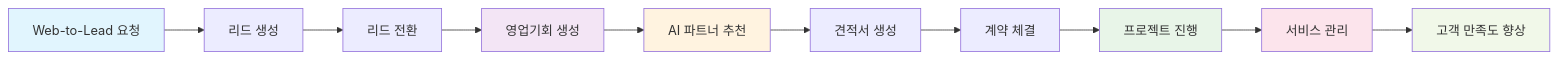
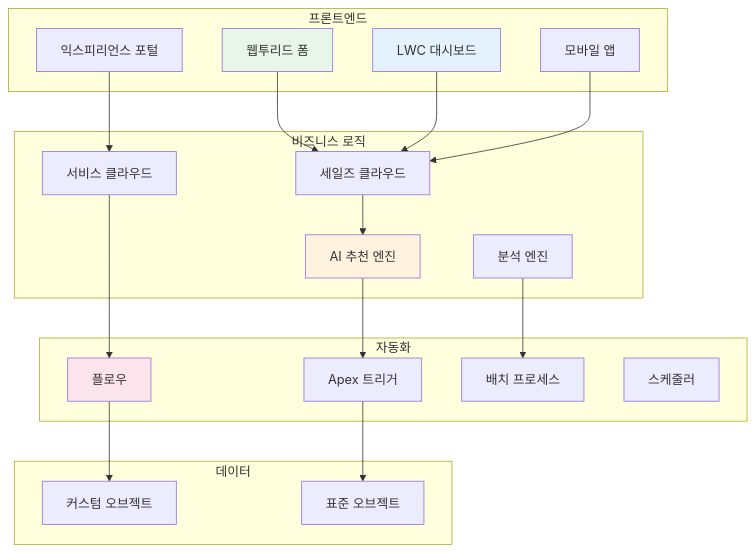
Before and after one commit to WJY-ador/Salesforce_Yashija_Project: the first of 2 diagrams in README.md, drawn with Mermaid. The commit also changed other lines of this file, not shown here.

````diff
--- a/README.md
+++ b/README.md
@@ -63,19 +41,46 @@
 ```mermaid
-graph LR
-    A[Web-to-Lead 요청] --> B[리드 생성]
-    B --> C[리드 전환]
-    C --> D[영업기회 생성]
-    D --> E[AI 파트너 추천]
-    E --> F[견적서 생성]
-    F --> G[계약 체결]
-    G --> H[프로젝트 진행]
-    H --> I[서비스 관리]
-    I --> J[고객 만족도 향상]
+graph TB
+    subgraph "프론트엔드"
+        A[웹투리드 폼] 
+        B[LWC 대시보드]
+        C[익스피리언스 포털]
+        D[모바일 앱]
+    end
     
-    style A fill:#e1f5fe
-    style D fill:#f3e5f5
-    style E fill:#fff3e0
-    style H fill:#e8f5e8
-    style I fill:#fce4ec
-    style J fill:#f1f8e9
+    subgraph "비즈니스 로직"
+        E[세일즈 클라우드]
+        F[서비스 클라우드]
+        G[AI 추천 엔진]
+        H[분석 엔진]
+    end
+    
+    subgraph "자동화"
+        I[플로우]
+        J[Apex 트리거]
+        K[배치 프로세스]
+        L[스케줄러]
+    end
+    
+    subgraph "데이터"
+        M[커스텀 오브젝트]
+        N[표준 오브젝트]
+     
+    end
+    
+    A --> E
+    B --> E
+    C --> F
+    D --> E
+    E --> G
+    F --> I
+    G --> J
+    H --> K
+    I --> M
+    J --> N
+    
+    
+    style A fill:#E8F5E9
+    style B fill:#E3F2FD
+    style G fill:#FFF3E0
+    style I fill:#FCE4EC
 ```
````
